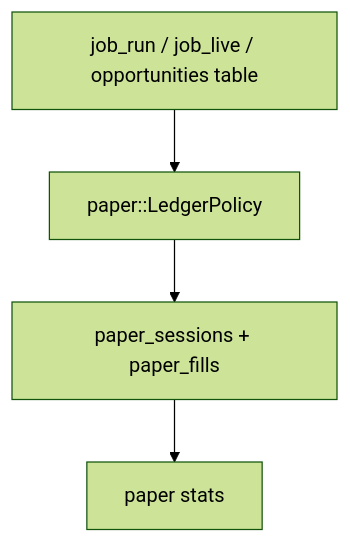
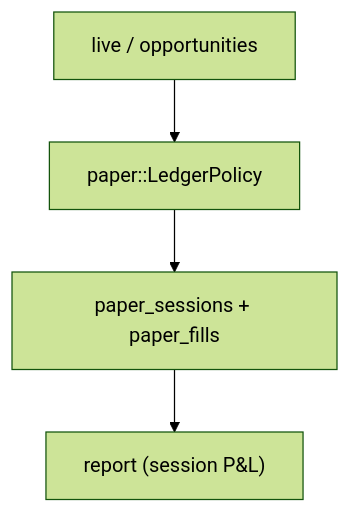
One commit to moha-moradi/mev-scout changed diagram 11 of 11 in docs/ARCHITECTURE.md. Above: the diagram before and after it, drawn with Mermaid (forest theme). The commit also changed other lines of this file and 27 other files, not shown here.

````diff
--- a/docs/ARCHITECTURE.md
+++ b/docs/ARCHITECTURE.md
@@ -547,6 +594,6 @@
 ```mermaid
 flowchart TB
-  detect["job_run / job_live / opportunities table"] --> ledger["paper::LedgerPolicy"]
+  detect["live / opportunities"] --> ledger["paper::LedgerPolicy"]
   ledger --> sess["paper_sessions + paper_fills"]
-  sess --> stats["paper stats"]
+  sess --> rep["report (session P&L)"]
 ```
````
